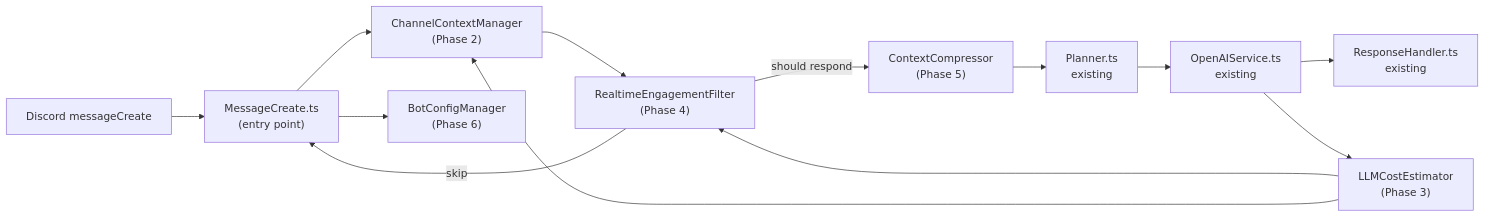
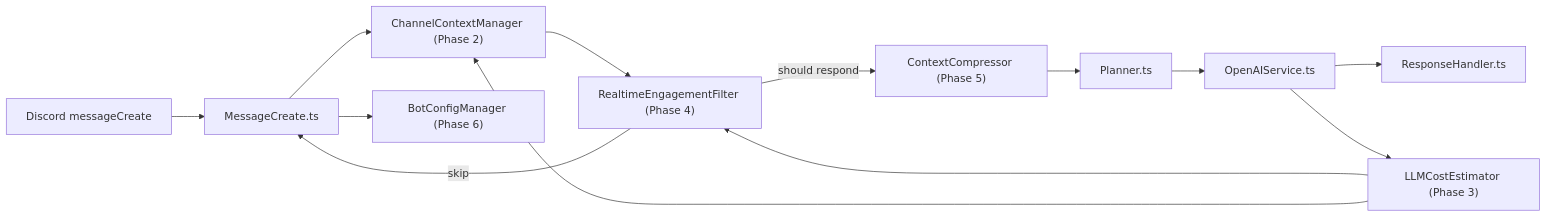
One commit to jbax1899/Daneel changed the first of 2 diagrams in docs/architecture/realtime_engagement.md. Above: the diagram before and after it, drawn with Mermaid. The commit also changed other lines of this file, not shown here.

````diff
--- a/docs/architecture/realtime_engagement.md
+++ b/docs/architecture/realtime_engagement.md
@@ -7,23 +6,23 @@
 ```mermaid
 flowchart LR
     DiscordEvent["Discord messageCreate"]
-    MessageCreate["MessageCreate.ts\n(entry point)"]
-    Context["ChannelContextManager\n(Phase 2)"]
-    Cost["LLMCostEstimator\n(Phase 3)"]
-    Filter["RealtimeEngagementFilter\n(Phase 4)"]
-    Compressor["ContextCompressor\n(Phase 5)"]
-    Planner["Planner.ts\nexisting"]
-    OpenAI["OpenAIService.ts\nexisting"]
-    Response["ResponseHandler.ts\nexisting"]
-    MessageCreateConfig["BotConfigManager\n(Phase 6)"]
+    MessageCreate["MessageCreate.ts"]
+    Context["ChannelContextManager (Phase 2)"]
+    Cost["LLMCostEstimator (Phase 3)"]
+    Filter["RealtimeEngagementFilter (Phase 4)"]
+    Compressor["ContextCompressor (Phase 5)"]
+    Planner["Planner.ts"]
+    OpenAI["OpenAIService.ts"]
+    Response["ResponseHandler.ts"]
+    MessageCreateConfig["BotConfigManager (Phase 6)"]
 
     DiscordEvent --> MessageCreate
     MessageCreate --> MessageCreateConfig
     MessageCreate --> Context
     Context --> Filter
     Cost --> Filter
     Filter -->|should respond| Compressor
     Filter -->|skip| MessageCreate
     Compressor --> Planner --> OpenAI --> Response
     OpenAI --> Cost --> Context
 ```
````
